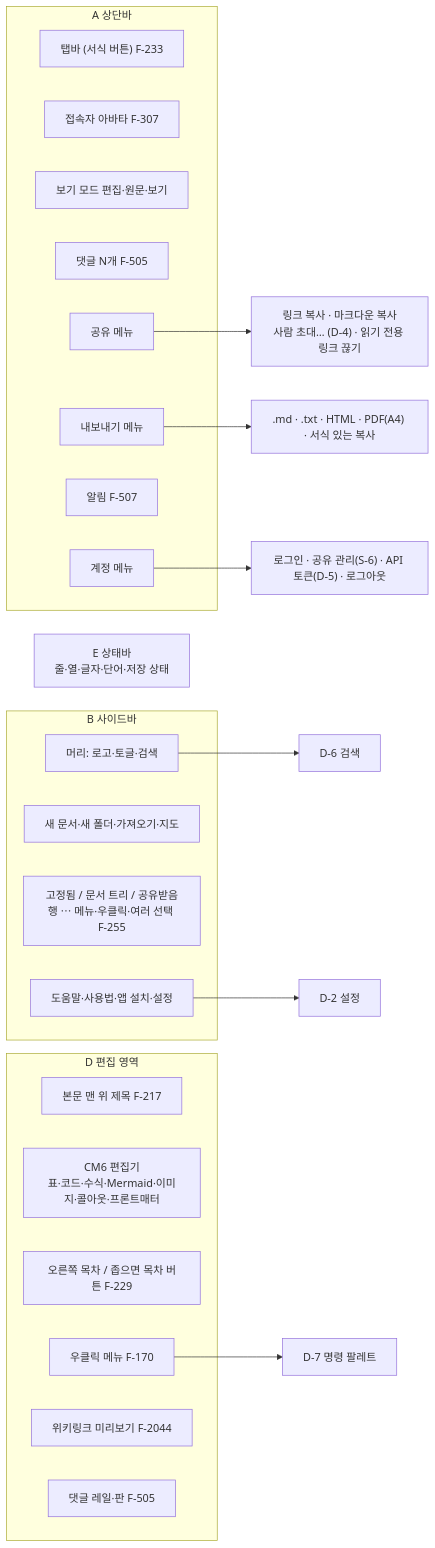
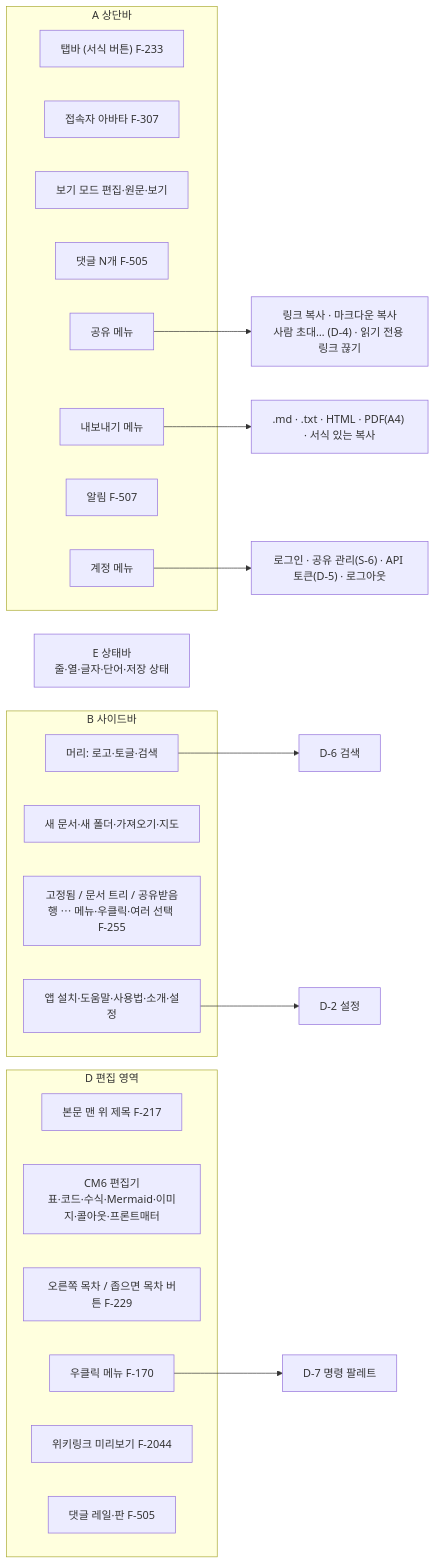
One commit to R00neyj/rawdoc changed the third of 5 diagrams in specs/map.md. Above: the diagram before and after it, drawn with Mermaid. The commit also changed other lines of this file and 23 other files, not shown here.

````diff
--- a/specs/map.md
+++ b/specs/map.md
@@ -65,35 +67,35 @@
 ```mermaid
 flowchart LR
   subgraph A["A 상단바"]
     A1["탭바 (서식 버튼) F-233"]
     A2["접속자 아바타 F-307"]
     A3["보기 모드 편집·원문·보기"]
     A4["댓글 N개 F-505"]
     A5["공유 메뉴"]
     A6["내보내기 메뉴"]
     A7["알림 F-507"]
     A8["계정 메뉴"]
   end
   subgraph B["B 사이드바"]
     B1["머리: 로고·토글·검색"]
     B2["새 문서·새 폴더·가져오기·지도"]
     B3["고정됨 / 문서 트리 / 공유받음<br/>행 ⋯ 메뉴·우클릭·여러 선택 F-255"]
-    B4["도움말·사용법·앱 설치·설정"]
+    B4["앱 설치·도움말·사용법·소개·설정"]
   end
   subgraph D["D 편집 영역"]
     D1["본문 맨 위 제목 F-217"]
     D2["CM6 편집기<br/>표·코드·수식·Mermaid·이미지·콜아웃·프론트매터"]
     D3["오른쪽 목차 / 좁으면 목차 버튼 F-229"]
     D4["우클릭 메뉴 F-170"]
     D5["위키링크 미리보기 F-2044"]
     D6["댓글 레일·판 F-505"]
   end
   E["E 상태바<br/>줄·열·글자·단어·저장 상태"]
 
   A5 --> share["링크 복사 · 마크다운 복사<br/>사람 초대… (D-4) · 읽기 전용 링크 끊기"]
   A6 --> export[".md · .txt · HTML · PDF(A4) · 서식 있는 복사"]
   A8 --> account["로그인 · 공유 관리(S-6) · API 토큰(D-5) · 로그아웃"]
   B1 --> D6dlg["D-6 검색"]
   B4 --> D2dlg["D-2 설정"]
   D4 --> D7dlg["D-7 명령 팔레트"]
 ```
````
